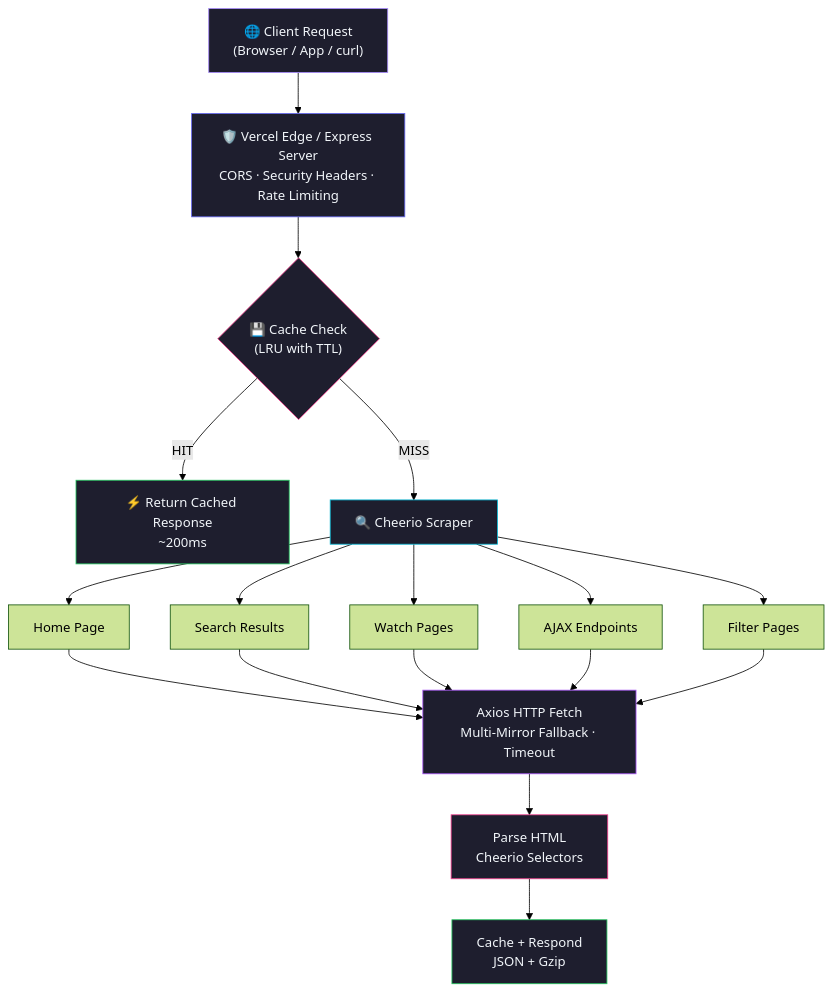
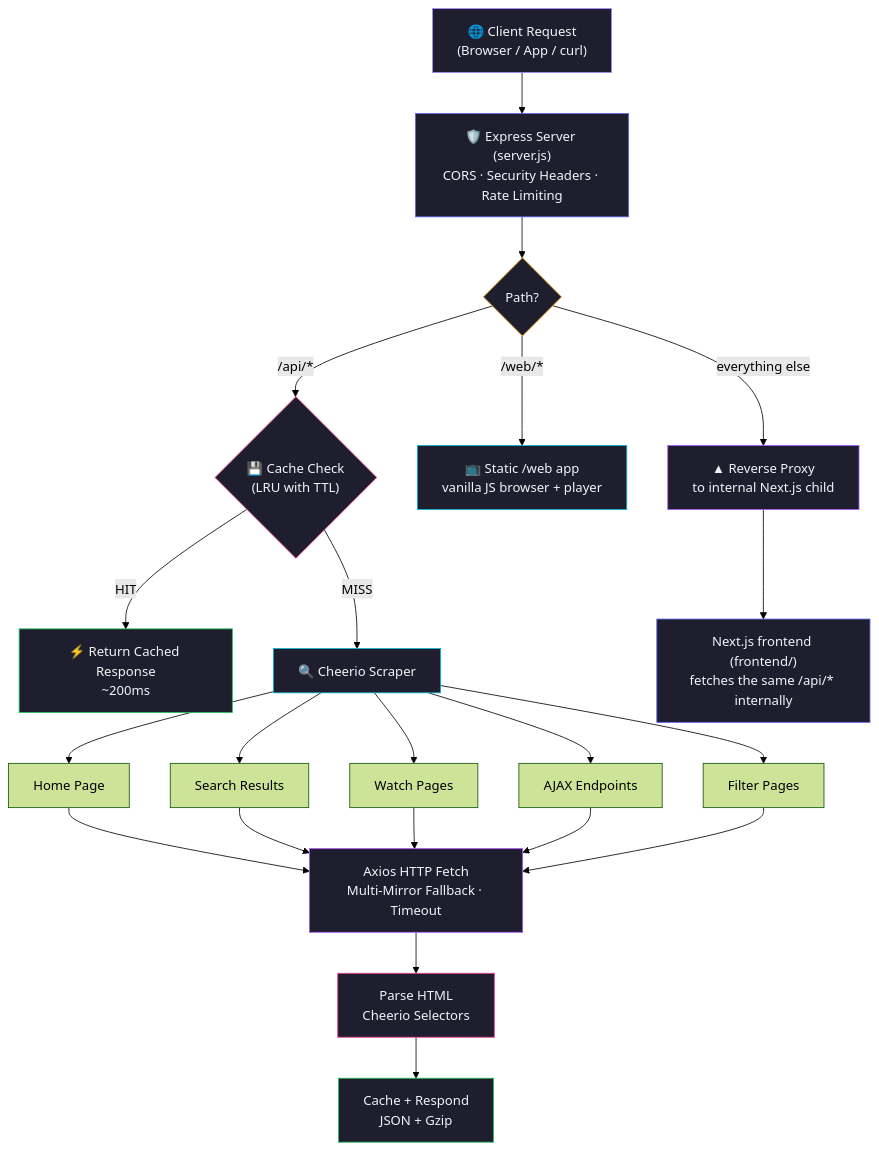
The first of 2 diagrams in README.md (F-e-n-y-x/anikoto), drawn with Mermaid (forest theme) before and after one commit. The commit also changed other lines of this file and 12 other files, not shown here.

````diff
--- a/README.md
+++ b/README.md
@@ -103,26 +114,36 @@
 ```mermaid
 flowchart TD
-    A["🌐 Client Request<br/>(Browser / App / curl)"] --> B["🛡️ Vercel Edge / Express Server<br/>CORS · Security Headers · Rate Limiting"]
-    B --> C{"💾 Cache Check<br/>(LRU with TTL)"}
+    A["🌐 Client Request<br/>(Browser / App / curl)"] --> B["🛡️ Express Server (server.js)<br/>CORS · Security Headers · Rate Limiting"]
+    B --> R{"Path?"}
+    R -- "/api/*" --> C{"💾 Cache Check<br/>(LRU with TTL)"}
+    R -- "/web/*" --> W["📺 Static /web app<br/>vanilla JS browser + player"]
+    R -- "everything else" --> P["▲ Reverse Proxy<br/>to internal Next.js child"]
+
     C -- HIT --> D["⚡ Return Cached Response<br/>~200ms"]
     C -- MISS --> E["🔍 Cheerio Scraper"]
 
     E --> E1["Home Page"]
     E --> E2["Search Results"]
     E --> E3["Watch Pages"]
     E --> E4["AJAX Endpoints"]
     E --> E5["Filter Pages"]
 
     E1 & E2 & E3 & E4 & E5 --> F["Axios HTTP Fetch<br/>Multi-Mirror Fallback · Timeout"]
     F --> G["Parse HTML<br/>Cheerio Selectors"]
     G --> H["Cache + Respond<br/>JSON + Gzip"]
 
+    P --> N["Next.js frontend (frontend/)<br/>fetches the same /api/* internally"]
+
     style A fill:#1e1e2e,stroke:#a78bfa,color:#f1f5f9
     style B fill:#1e1e2e,stroke:#6366f1,color:#f1f5f9
+    style R fill:#1e1e2e,stroke:#f59e0b,color:#f1f5f9
     style C fill:#1e1e2e,stroke:#f43f8e,color:#f1f5f9
     style D fill:#1e1e2e,stroke:#22c55e,color:#f1f5f9
     style E fill:#1e1e2e,stroke:#06b6d4,color:#f1f5f9
     style F fill:#1e1e2e,stroke:#a855f7,color:#f1f5f9
     style G fill:#1e1e2e,stroke:#f43f8e,color:#f1f5f9
     style H fill:#1e1e2e,stroke:#22c55e,color:#f1f5f9
+    style W fill:#1e1e2e,stroke:#06b6d4,color:#f1f5f9
+    style P fill:#1e1e2e,stroke:#a855f7,color:#f1f5f9
+    style N fill:#1e1e2e,stroke:#6366f1,color:#f1f5f9
 ```
````
